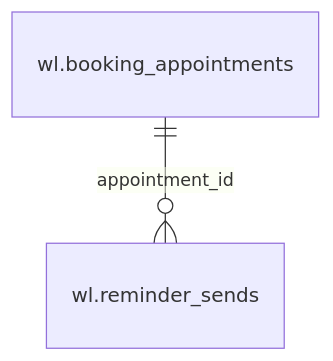
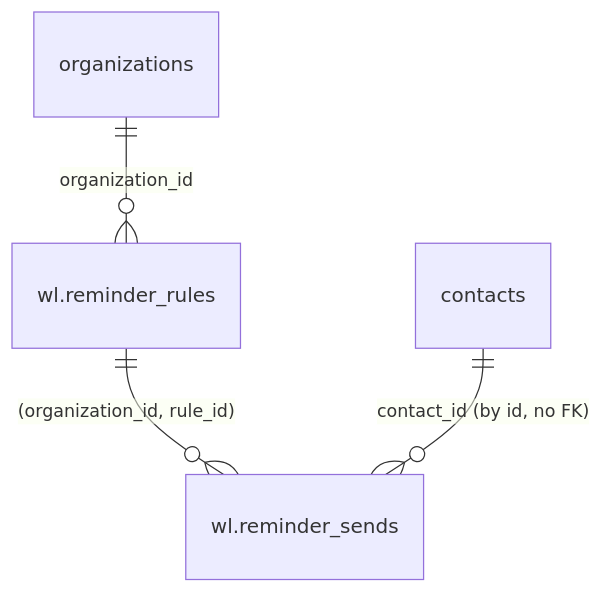
One commit to irajput215/weline changed the tenth of 13 diagrams in wl-docs/data-model.md. Above: the diagram before and after it, drawn with Mermaid. The commit also changed other lines of this file and 16 other files, not shown here.

````diff
--- a/wl-docs/data-model.md
+++ b/wl-docs/data-model.md
@@ -509,4 +522,6 @@
 ```mermaid
 erDiagram
-    "wl.booking_appointments" ||--o{ "wl.reminder_sends" : "appointment_id"
+    organizations ||--o{ "wl.reminder_rules" : "organization_id"
+    "wl.reminder_rules" ||--o{ "wl.reminder_sends" : "(organization_id, rule_id)"
+    contacts ||--o{ "wl.reminder_sends" : "contact_id (by id, no FK)"
 ```
````
